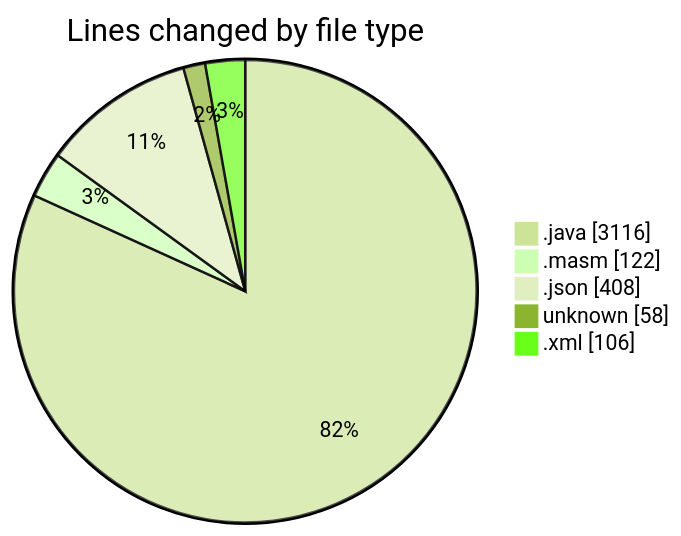
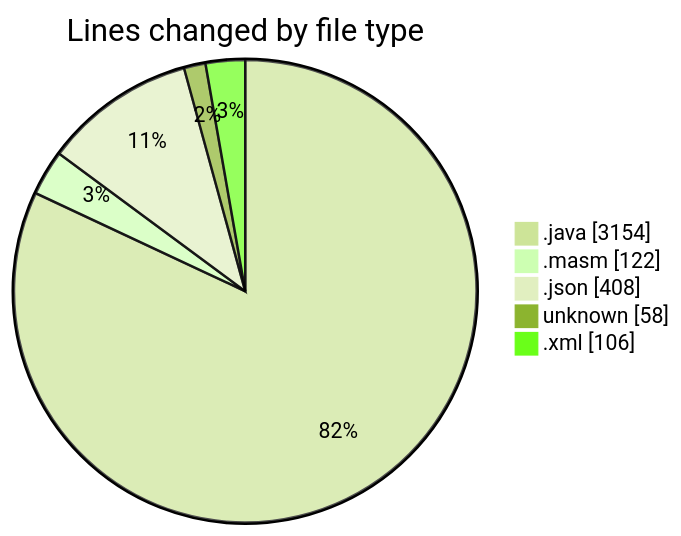
Before and after one commit to charlie-sans/code-tracking: the first of 2 diagrams in 2025-02-19/masm/README.md, drawn with Mermaid (forest theme). The commit also changed other lines of this file and 1 other file, not shown here.

````diff
--- a/2025-02-19/masm/README.md
+++ b/2025-02-19/masm/README.md
@@ -37,9 +38,9 @@
 ```mermaid
 pie showData
 title Lines changed by file type
-".java" : 3116
+".java" : 3154
 ".masm" : 122
 ".json" : 408
 "unknown" : 58
 ".xml" : 106
 ```
````
